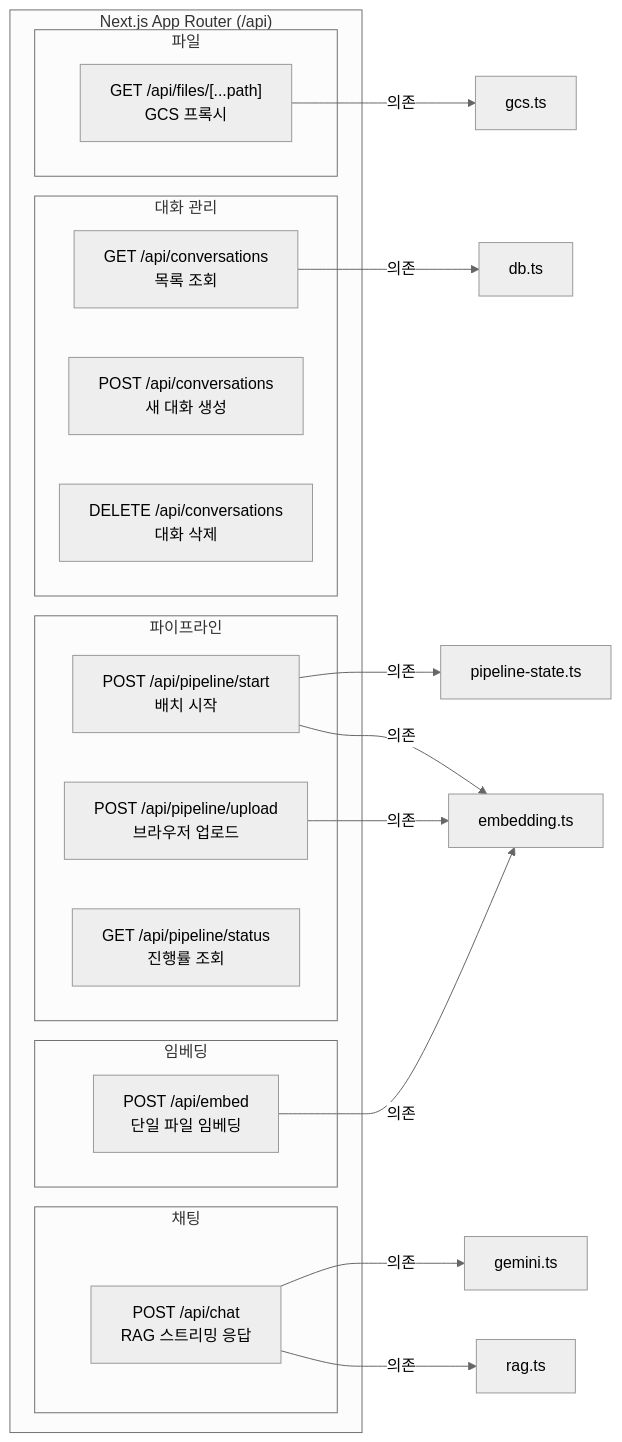
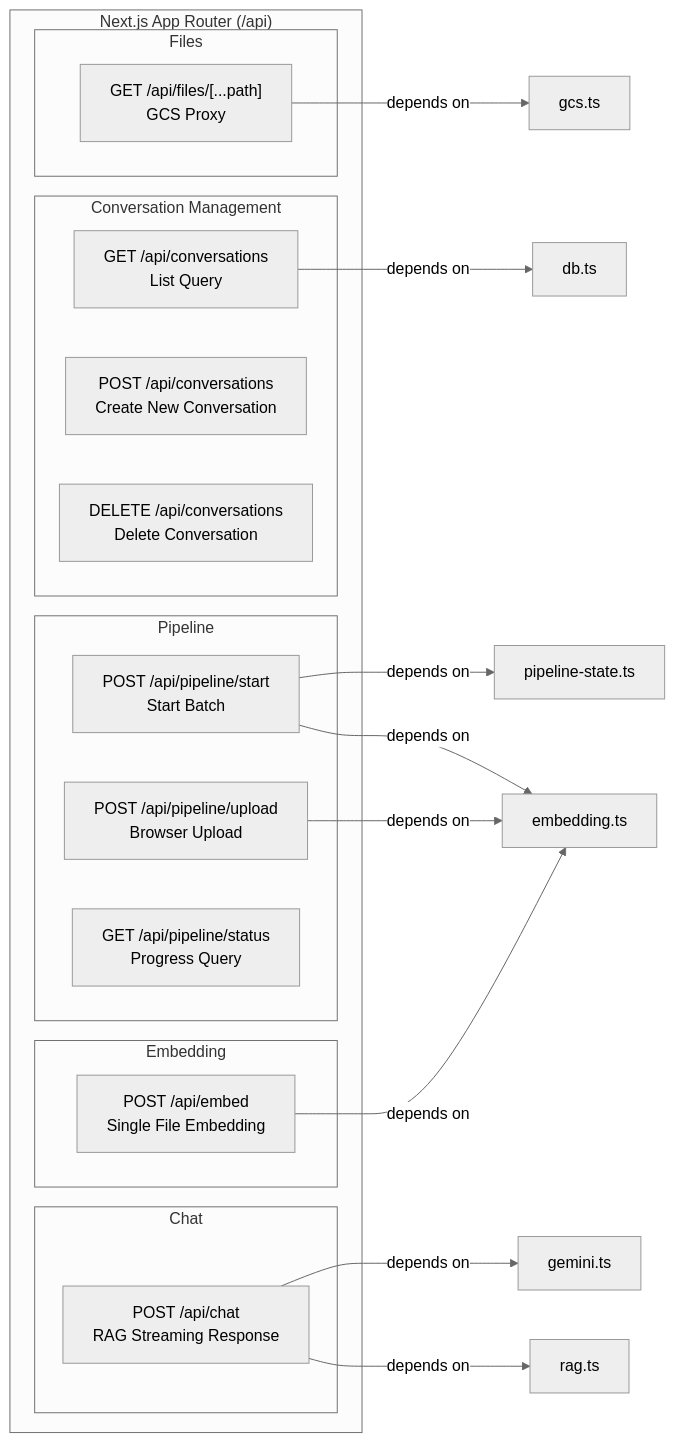
The seventh of 12 diagrams in docs/ko/ARCHITECTURE.md (midasol/gemini-embedding-2), drawn with Mermaid (neutral theme) before and after one commit. The commit also changed other lines of this file and 17 other files, not shown here.

````diff
--- a/docs/ko/ARCHITECTURE.md
+++ b/docs/ko/ARCHITECTURE.md
@@ -312,37 +312,37 @@
 ```mermaid
 graph LR
     subgraph AppRouter["Next.js App Router (/api)"]
-        subgraph Chat["채팅"]
-            ChatRoute["POST /api/chat<br/>RAG 스트리밍 응답"]
+        subgraph Chat["Chat"]
+            ChatRoute["POST /api/chat<br/>RAG Streaming Response"]
         end
 
-        subgraph Embed["임베딩"]
-            EmbedRoute["POST /api/embed<br/>단일 파일 임베딩"]
+        subgraph Embed["Embedding"]
+            EmbedRoute["POST /api/embed<br/>Single File Embedding"]
         end
 
-        subgraph Pipeline["파이프라인"]
-            PipeStart["POST /api/pipeline/start<br/>배치 시작"]
-            PipeUpload["POST /api/pipeline/upload<br/>브라우저 업로드"]
-            PipeStatus["GET /api/pipeline/status<br/>진행률 조회"]
+        subgraph Pipeline["Pipeline"]
+            PipeStart["POST /api/pipeline/start<br/>Start Batch"]
+            PipeUpload["POST /api/pipeline/upload<br/>Browser Upload"]
+            PipeStatus["GET /api/pipeline/status<br/>Progress Query"]
         end
 
-        subgraph Conversations["대화 관리"]
-            ConvGet["GET /api/conversations<br/>목록 조회"]
-            ConvPost["POST /api/conversations<br/>새 대화 생성"]
-            ConvDelete["DELETE /api/conversations<br/>대화 삭제"]
+        subgraph Conversations["Conversation Management"]
+            ConvGet["GET /api/conversations<br/>List Query"]
+            ConvPost["POST /api/conversations<br/>Create New Conversation"]
+            ConvDelete["DELETE /api/conversations<br/>Delete Conversation"]
         end
 
-        subgraph Files["파일"]
-            FilesProxy["GET /api/files/[...path]<br/>GCS 프록시"]
+        subgraph Files["Files"]
+            FilesProxy["GET /api/files/[...path]<br/>GCS Proxy"]
         end
     end
 
-    ChatRoute -->|"의존"| RAGLib["rag.ts"]
-    ChatRoute -->|"의존"| GeminiLib["gemini.ts"]
-    EmbedRoute -->|"의존"| EmbedLib["embedding.ts"]
-    PipeStart -->|"의존"| EmbedLib
-    PipeStart -->|"의존"| StateLib["pipeline-state.ts"]
-    PipeUpload -->|"의존"| EmbedLib
-    FilesProxy -->|"의존"| GCSLib["gcs.ts"]
-    ConvGet -->|"의존"| DBLib["db.ts"]
+    ChatRoute -->|"depends on"| RAGLib["rag.ts"]
+    ChatRoute -->|"depends on"| GeminiLib["gemini.ts"]
+    EmbedRoute -->|"depends on"| EmbedLib["embedding.ts"]
+    PipeStart -->|"depends on"| EmbedLib
+    PipeStart -->|"depends on"| StateLib["pipeline-state.ts"]
+    PipeUpload -->|"depends on"| EmbedLib
+    FilesProxy -->|"depends on"| GCSLib["gcs.ts"]
+    ConvGet -->|"depends on"| DBLib["db.ts"]
 ```
````
